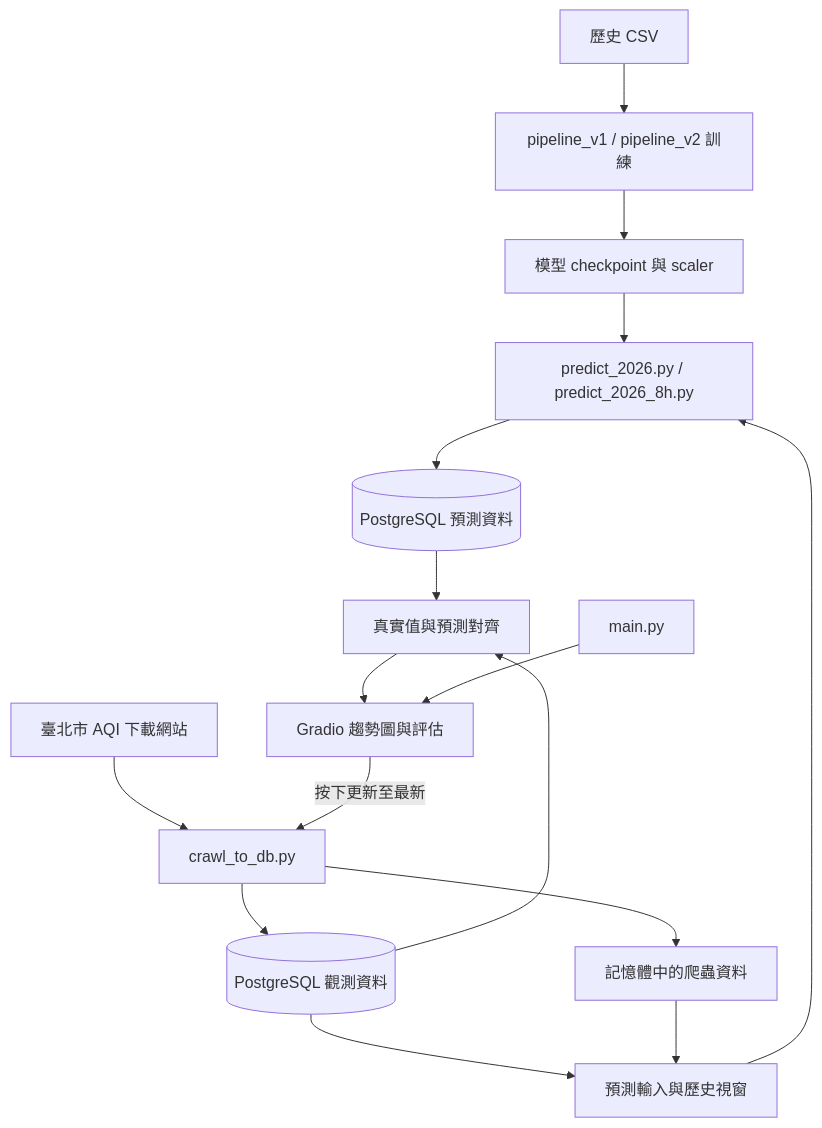
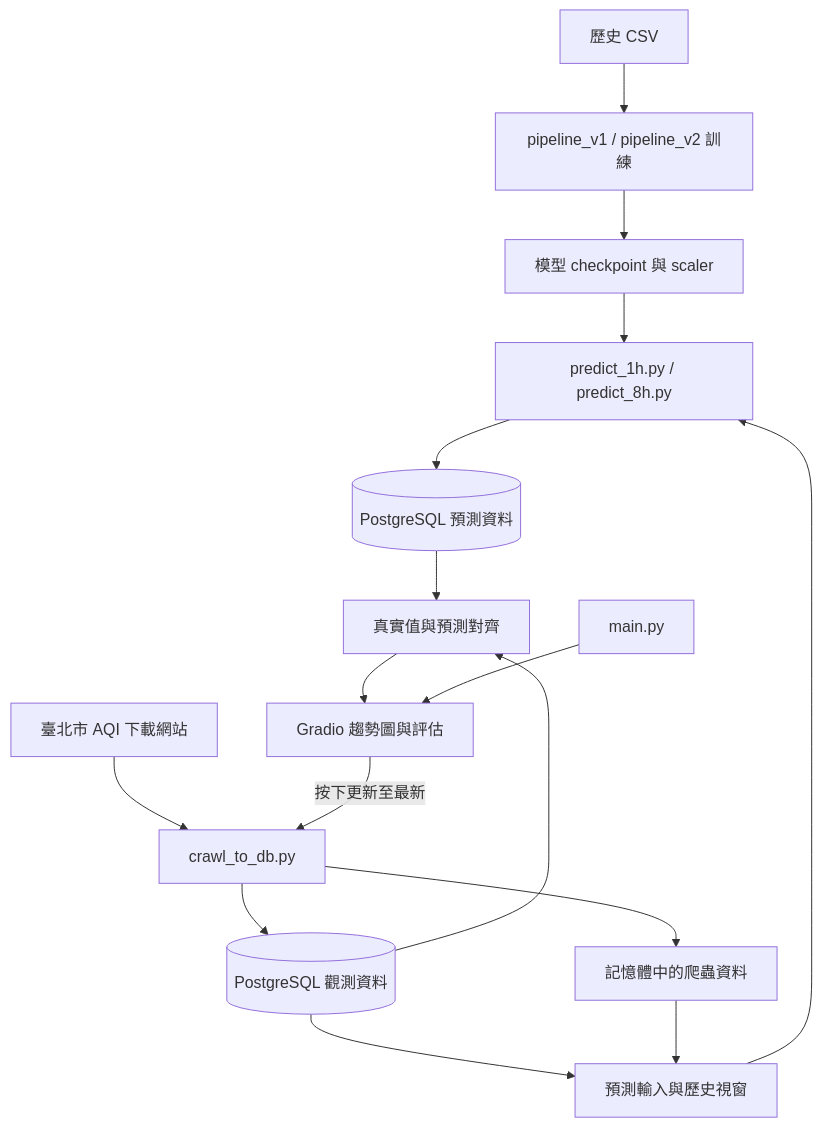
Before and after one commit to jonwang5150/AQI_Prediction_System: the diagram in README.md, drawn with Mermaid. The commit also changed other lines of this file and 1 other file, not shown here.

````diff
--- a/README.md
+++ b/README.md
@@ -35,18 +35,18 @@
 ```mermaid
 flowchart TD
     A[歷史 CSV] --> B[pipeline_v1 / pipeline_v2 訓練]
     B --> C[模型 checkpoint 與 scaler]
     D[臺北市 AQI 下載網站] --> E[crawl_to_db.py]
     E --> F[(PostgreSQL 觀測資料)]
     E --> G[記憶體中的爬蟲資料]
     F --> H[預測輸入與歷史視窗]
     G --> H
-    C --> I[predict_2026.py / predict_2026_8h.py]
+    C --> I[predict_1h.py / predict_8h.py]
     H --> I
     I --> J[(PostgreSQL 預測資料)]
     F --> K[真實值與預測對齊]
     J --> K
     K --> L[Gradio 趨勢圖與評估]
     M[main.py] --> L
     L -->|按下更新至最新| E
 ```
````
